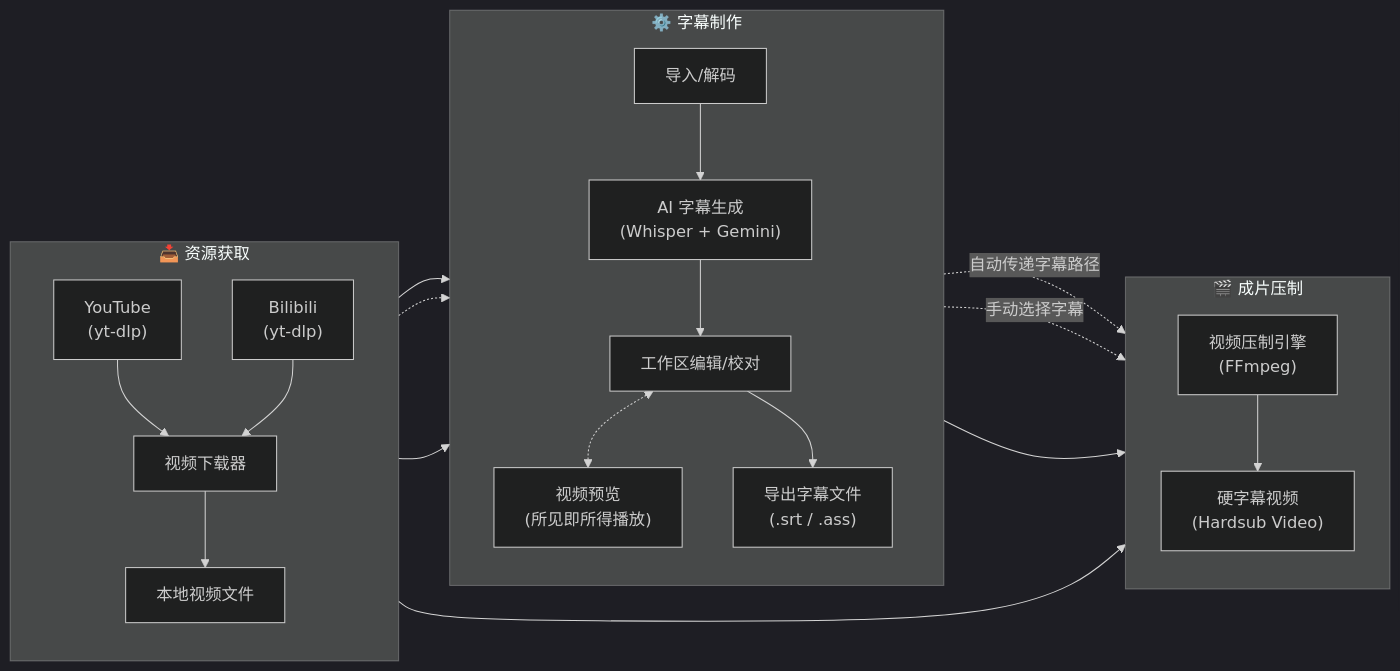
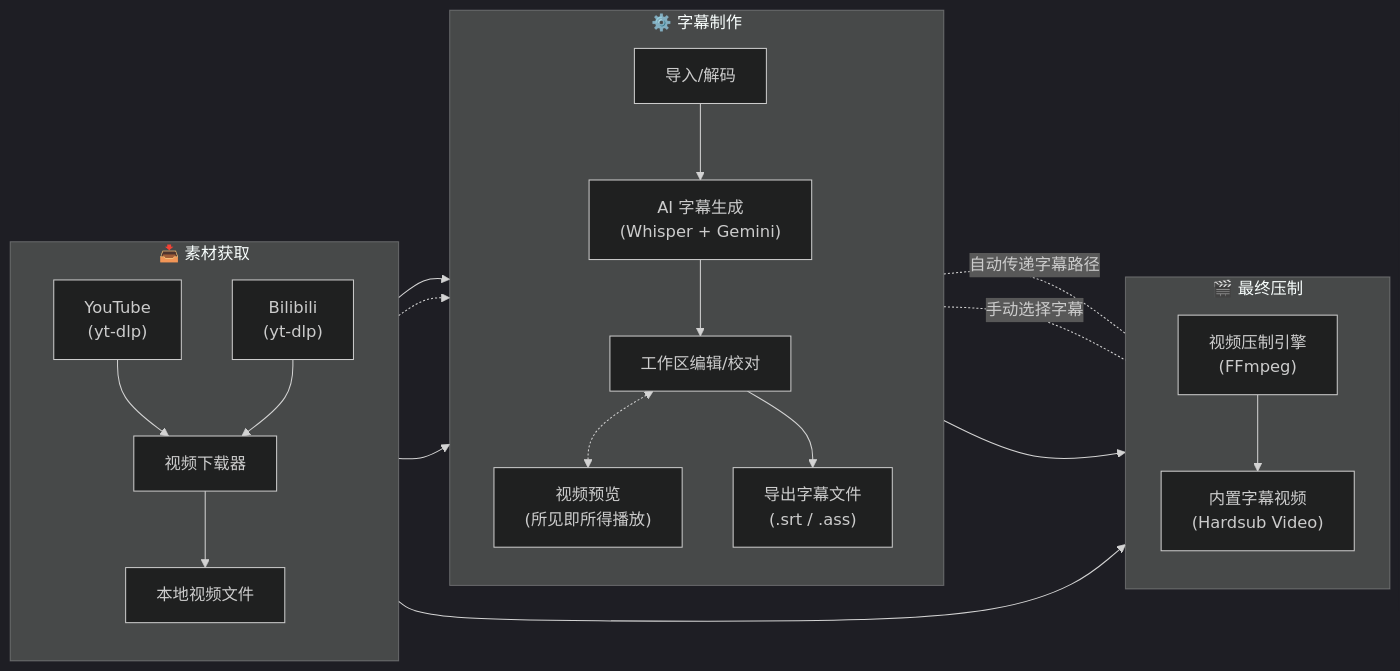
One commit to corvo007/Gemini-Subtitle-Pro changed the ninth of 15 diagrams in docs/ARCHITECTURE_zh.md. Above: the diagram before and after it, drawn with Mermaid (dark theme). The commit also changed other lines of this file and 3 other files, not shown here.

First line of the commit message:
docs: update architecture with reconciler and CTC aligner

````diff
--- a/docs/ARCHITECTURE_zh.md
+++ b/docs/ARCHITECTURE_zh.md
@@ -701,36 +757,36 @@
 ```mermaid
 flowchart LR
-    subgraph DOWNLOAD["📥 资源获取"]
+    subgraph DOWNLOAD["📥 素材获取"]
         direction TB
         YTB["YouTube<br/>(yt-dlp)"]
         BILI["Bilibili<br/>(yt-dlp)"]
         LOCAL_FILE["本地视频文件"]
 
         YTB --> DOWNLOADER["视频下载器"]
         BILI --> DOWNLOADER
         DOWNLOADER --> LOCAL_FILE
     end
 
     subgraph PROCESS["⚙️ 字幕制作"]
         direction TB
         LOCAL_FILE --> IMPORT["导入/解码"]
         IMPORT --> GEN["AI 字幕生成<br/>(Whisper + Gemini)"]
         GEN --> EDIT["工作区编辑/校对"]
         LOCAL_FILE -.-> PREVIEW["视频预览<br/>(所见即所得播放)"]
         EDIT <-.-> PREVIEW
 
         EDIT --> SRT_ASS["导出字幕文件<br/>(.srt / .ass)"]
     end
 
-    subgraph COMPRESS["🎬 成片压制"]
+    subgraph COMPRESS["🎬 最终压制"]
         direction TB
         LOCAL_FILE --> COMPRESSOR["视频压制引擎<br/>(FFmpeg)"]
-        EDIT -.->|"自动传递字幕路径"| COMPRESSOR
-        SRT_ASS -.->|"手动选择字幕"| COMPRESSOR
+        EDIT -.-|"自动传递字幕路径"| COMPRESSOR
+        SRT_ASS -.-|"手动选择字幕"| COMPRESSOR
 
-        COMPRESSOR --> OUTPUT["硬字幕视频<br/>(Hardsub Video)"]
+        COMPRESSOR --> OUTPUT["内置字幕视频<br/>(Hardsub Video)"]
     end
 
     DOWNLOAD --> PROCESS
     PROCESS --> COMPRESS
 ```
````
